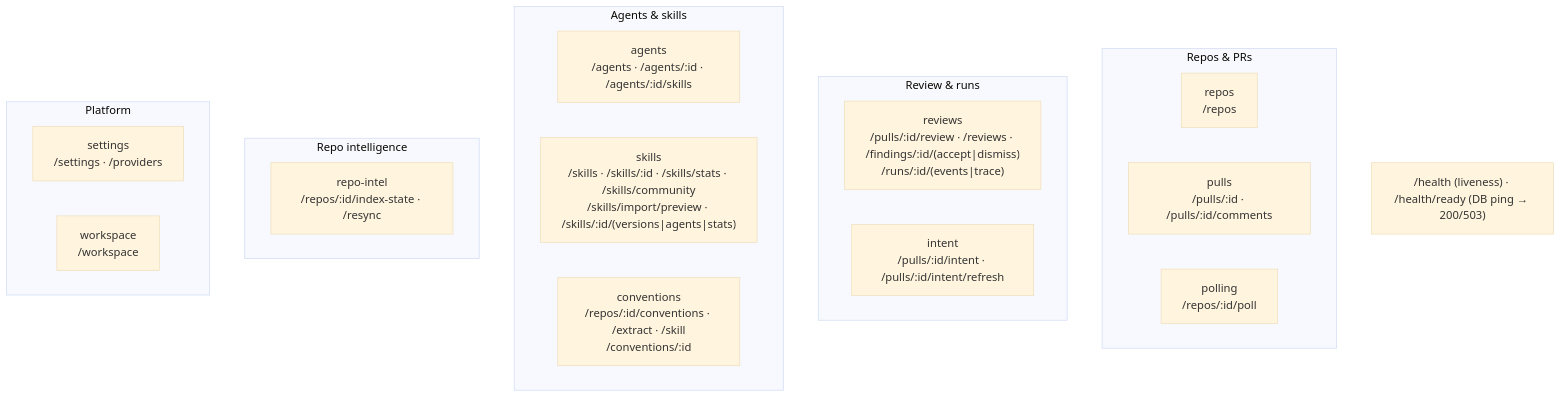
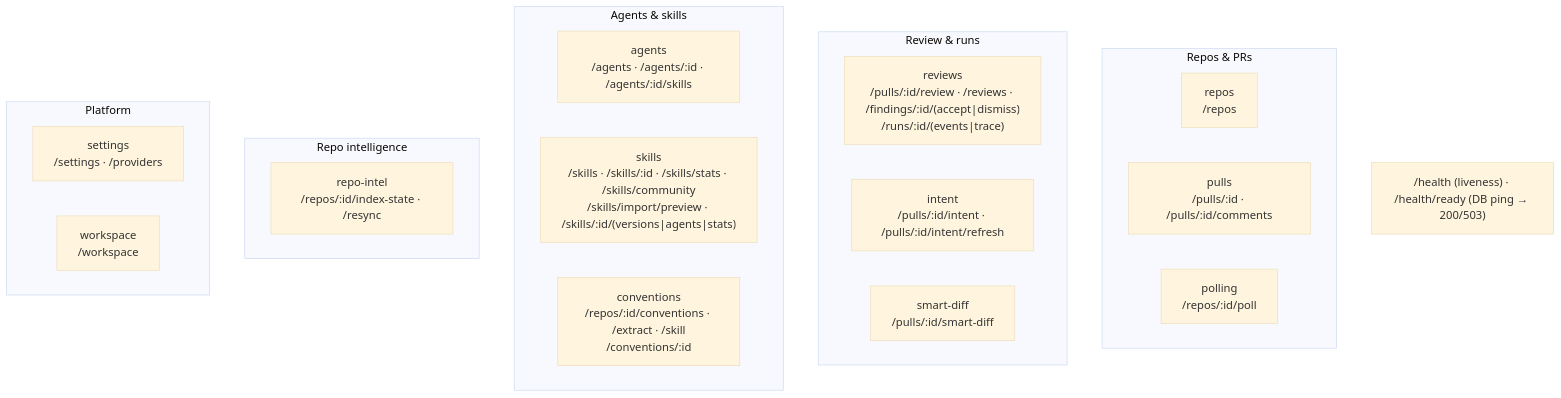
Before and after one commit to ai-agentic-engineering-neo/dev-digest: the second of 2 diagrams in server/README.md, drawn with Mermaid (base theme). The commit also changed other lines of this file and 65 other files, not shown here.

First line of the commit message:
Add Smart Diff: group Files changed by role and show findings inline

````diff
--- a/server/README.md
+++ b/server/README.md
@@ -82,25 +82,26 @@
 ```mermaid
 flowchart TB
   subgraph Repos_PRs["Repos & PRs"]
     repos["repos<br/>/repos"]
     pulls["pulls<br/>/pulls/:id · /pulls/:id/comments"]
     polling["polling<br/>/repos/:id/poll"]
   end
   subgraph Review["Review & runs"]
     reviews["reviews<br/>/pulls/:id/review · /reviews · /findings/:id/(accept|dismiss)<br/>/runs/:id/(events|trace)"]
     intent["intent<br/>/pulls/:id/intent · /pulls/:id/intent/refresh"]
+    smartDiff["smart-diff<br/>/pulls/:id/smart-diff"]
   end
   subgraph Agents["Agents & skills"]
     agents["agents<br/>/agents · /agents/:id · /agents/:id/skills"]
     skills["skills<br/>/skills · /skills/:id · /skills/stats · /skills/community<br/>/skills/import/preview · /skills/:id/(versions|agents|stats)"]
     conventions["conventions<br/>/repos/:id/conventions · /extract · /skill<br/>/conventions/:id"]
   end
   subgraph Intel["Repo intelligence"]
     repoIntel["repo-intel<br/>/repos/:id/index-state · /resync"]
   end
   subgraph Platform["Platform"]
     settings["settings<br/>/settings · /providers"]
     workspace["workspace<br/>/workspace"]
   end
   HEALTH["/health (liveness) · /health/ready (DB ping → 200/503)"]
 ```
````
